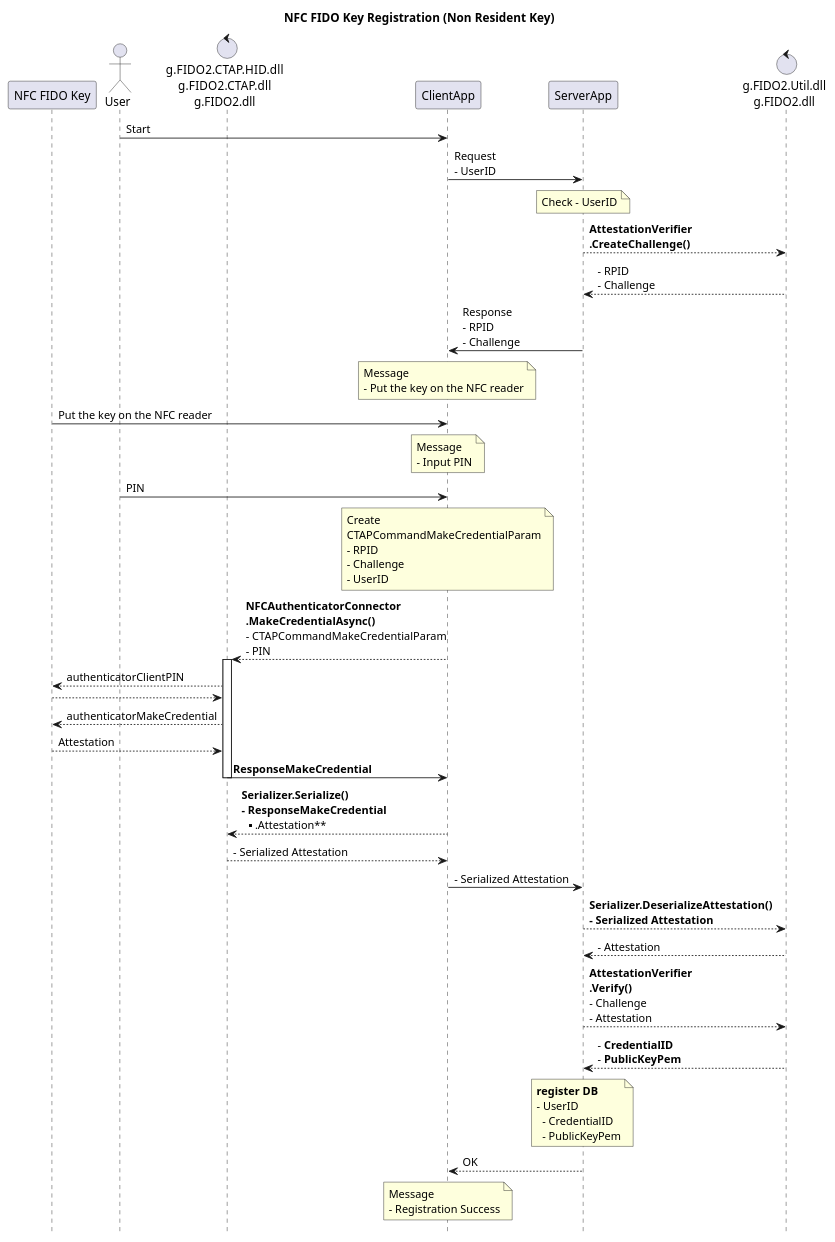
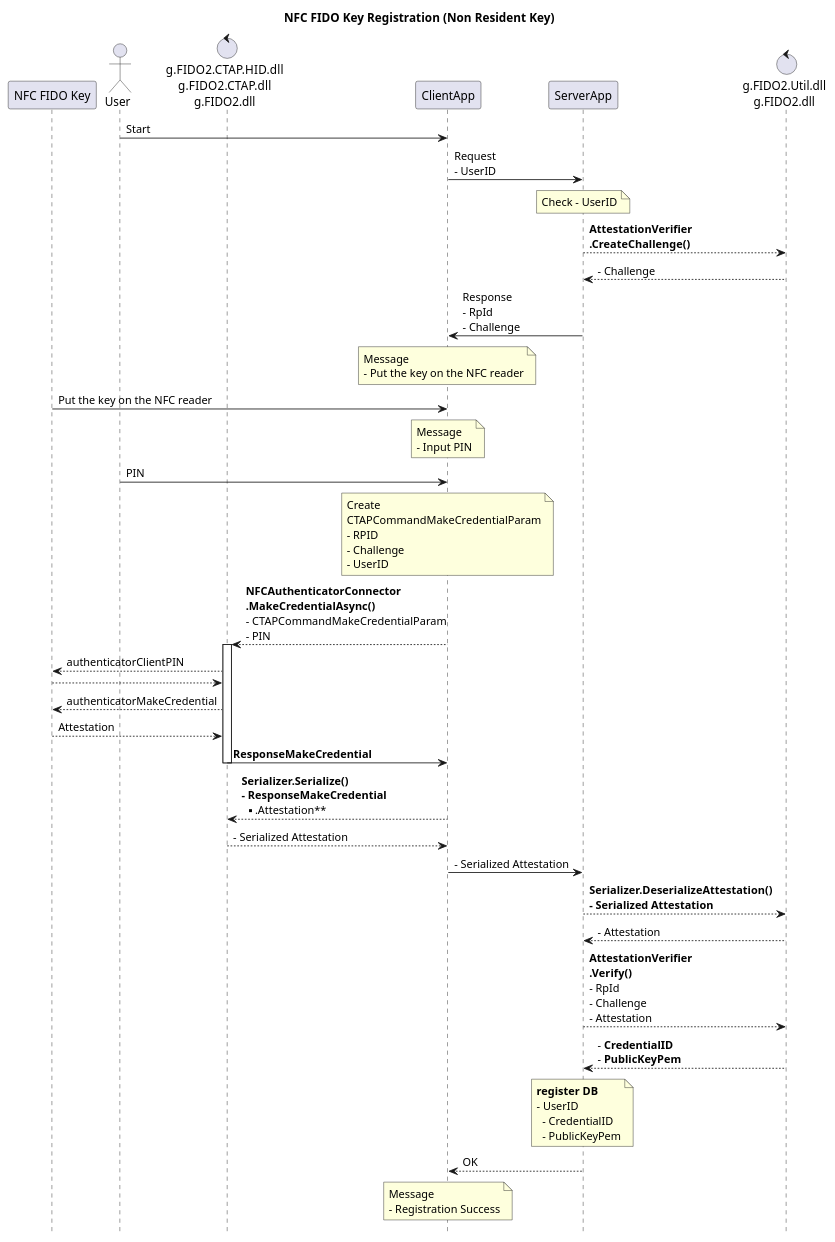
Before and after one commit to gebogebogebo/CTAPcs: the diagram in pu/NFC_FIDO_Key_Registration.pu, drawn with PlantUML. The commit also changed 8 other files, not shown here.

```diff
--- a/pu/NFC_FIDO_Key_Registration.pu
+++ b/pu/NFC_FIDO_Key_Registration.pu
@@ -1,52 +1,52 @@
 @startuml
 title NFC FIDO Key Registration (Non Resident Key)
 hide footbox
 
 participant "NFC FIDO Key" as Key
 actor  "User" as User
 control "g.FIDO2.CTAP.HID.dll\ng.FIDO2.CTAP.dll\ng.FIDO2.dll" as CTAPHID
 participant "ClientApp" as Client
 participant "ServerApp" as Server
 control "g.FIDO2.Util.dll\ng.FIDO2.dll" as Util
 
 User -> Client : Start
 Client -> Server : Request\n- UserID
 note over Server : Check - UserID
 Server --> Util : **AttestationVerifier**\n**.CreateChallenge()**
-Server <-- Util : - RPID\n- Challenge
-Client <- Server : Response\n- RPID\n- Challenge
+Server <-- Util : - Challenge
+Client <- Server : Response\n- RpId\n- Challenge
 
 note over Client : Message\n- Put the key on the NFC reader
 Key -> Client : Put the key on the NFC reader
 
 note over Client : Message\n- Input PIN
 User -> Client : PIN
 
 note over Client : Create \nCTAPCommandMakeCredentialParam\n- RPID\n- Challenge\n- UserID
 
 CTAPHID <-- Client : **NFCAuthenticatorConnector**\n**.MakeCredentialAsync()**\n- CTAPCommandMakeCredentialParam\n- PIN
 
 activate CTAPHID
     Key <-- CTAPHID : authenticatorClientPIN
     Key --> CTAPHID
     Key <-- CTAPHID : authenticatorMakeCredential
     Key --> CTAPHID : Attestation
     CTAPHID -> Client : **ResponseMakeCredential**
 deactivate CTAPHID
 
 CTAPHID <-- Client : **Serializer.Serialize()**\n**- ResponseMakeCredential**\n**  .Attestation**
 CTAPHID --> Client :- Serialized Attestation
 
 Client -> Server :- Serialized Attestation
 
 Server --> Util : **Serializer.DeserializeAttestation()**\n**- Serialized Attestation**
 Server <-- Util : - Attestation
-Server --> Util : **AttestationVerifier**\n**.Verify()**\n- Challenge\n- Attestation
+Server --> Util : **AttestationVerifier**\n**.Verify()**\n- RpId\n- Challenge\n- Attestation
 Server <-- Util : - **CredentialID**\n- **PublicKeyPem**
 
 note over Server : **register DB**\n- UserID\n  - CredentialID\n  - PublicKeyPem
 Client <-- Server : OK
 
 note over Client : Message\n- Registration Success
 
 @enduml
```
